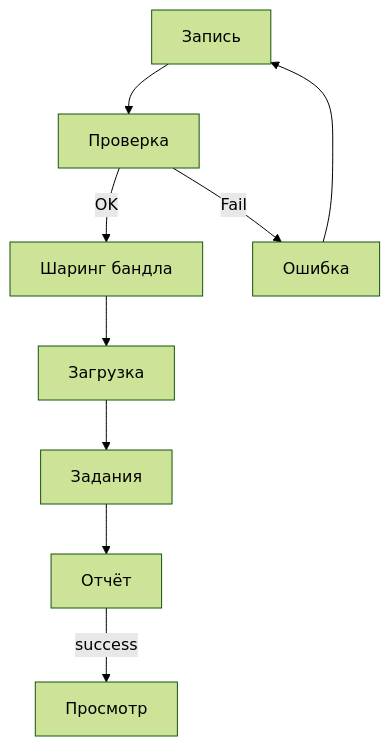
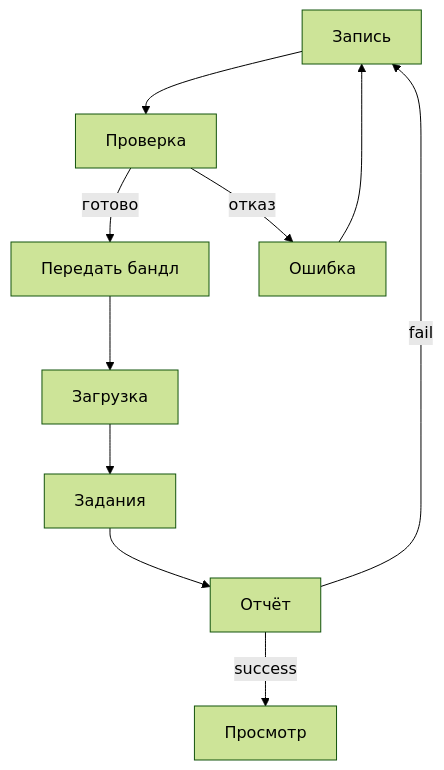
Before and after one commit to KalashnikovKV/nvc-business-analysis: the diagram in 05-screens-style-usability.md, drawn with Mermaid (forest theme). The commit also changed other lines of this file and 21 other files, not shown here.

````diff
--- a/05-screens-style-usability.md
+++ b/05-screens-style-usability.md
@@ -40,11 +43,12 @@
 ```mermaid
 flowchart TB
   M1[Запись] --> M2[Проверка]
-  M2 -->|OK| Share[Шаринг бандла]
-  M2 -->|Fail| M3[Ошибка]
+  M2 -->|готово| Share[Передать бандл]
+  M2 -->|отказ| M3[Ошибка]
   M3 --> M1
   Share --> B1[Загрузка]
   B1 --> B2[Задания]
   B2 --> B3[Отчёт]
   B3 -->|success| B4[Просмотр]
+  B3 -->|fail| M1
 ```
````
